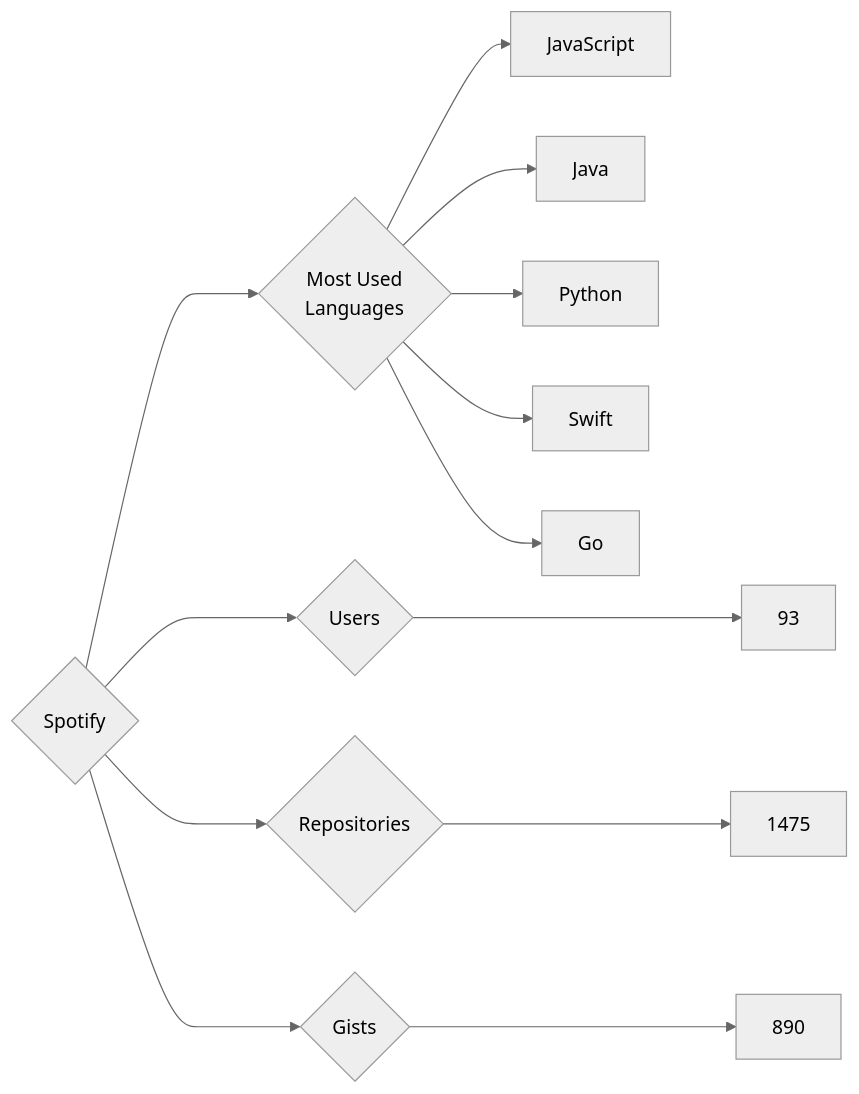
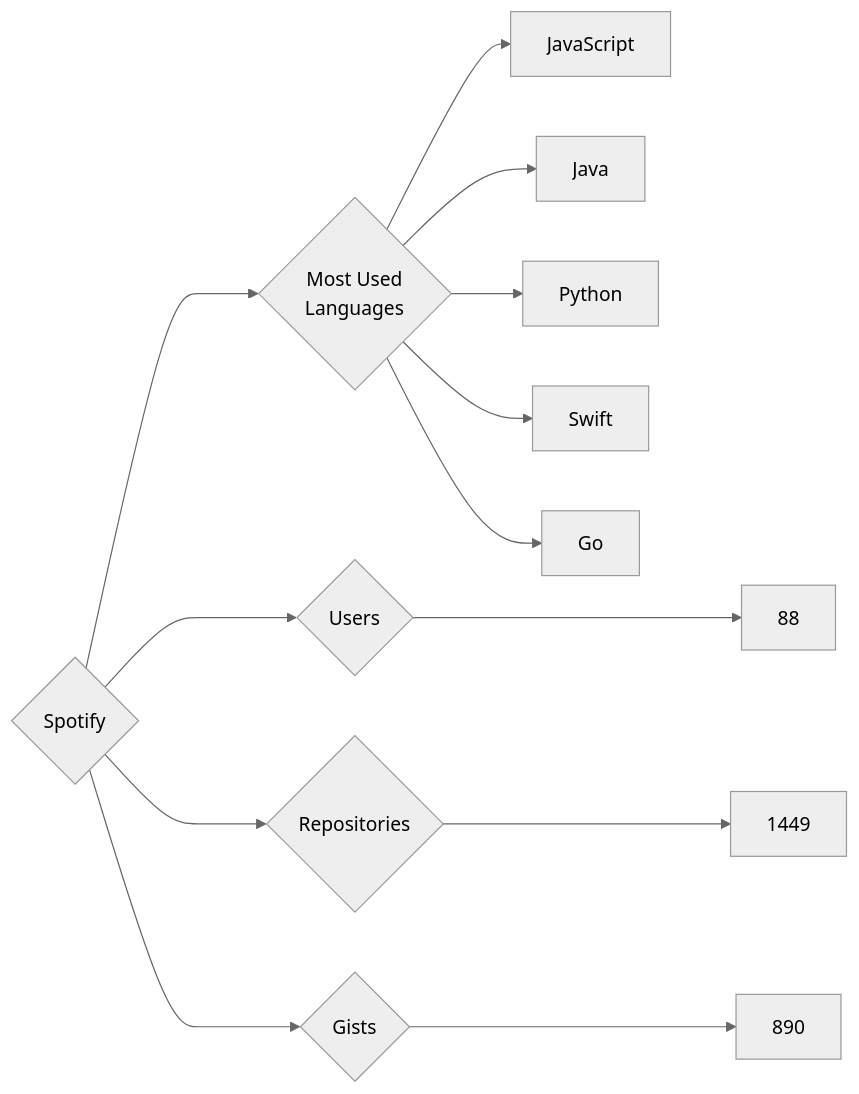
One commit to trickest/insiders changed the diagram in targets/Spotify/README.md. Above: the diagram before and after it, drawn with Mermaid (neutral theme). The commit also changed 973 other files, not shown here.

````diff
--- a/targets/Spotify/README.md
+++ b/targets/Spotify/README.md
@@ -3,13 +3,13 @@
 ```mermaid
 graph LR
 COMPANY_NAME{Spotify}
-COMPANY_NAME ---> U{Users} ---> UN[93]
-COMPANY_NAME ---> R{Repositories} ---> RN[1475]
+COMPANY_NAME ---> U{Users} ---> UN[88]
+COMPANY_NAME ---> R{Repositories} ---> RN[1449]
 COMPANY_NAME ---> G{Gists} ---> GN[890]
 COMPANY_NAME ---> ML{Most Used<br>Languages}
 ML --> JavaScript[JavaScript]
 ML --> Java[Java]
 ML --> Python[Python]
 ML --> Swift[Swift]
 ML --> Go[Go]
 ```
````
